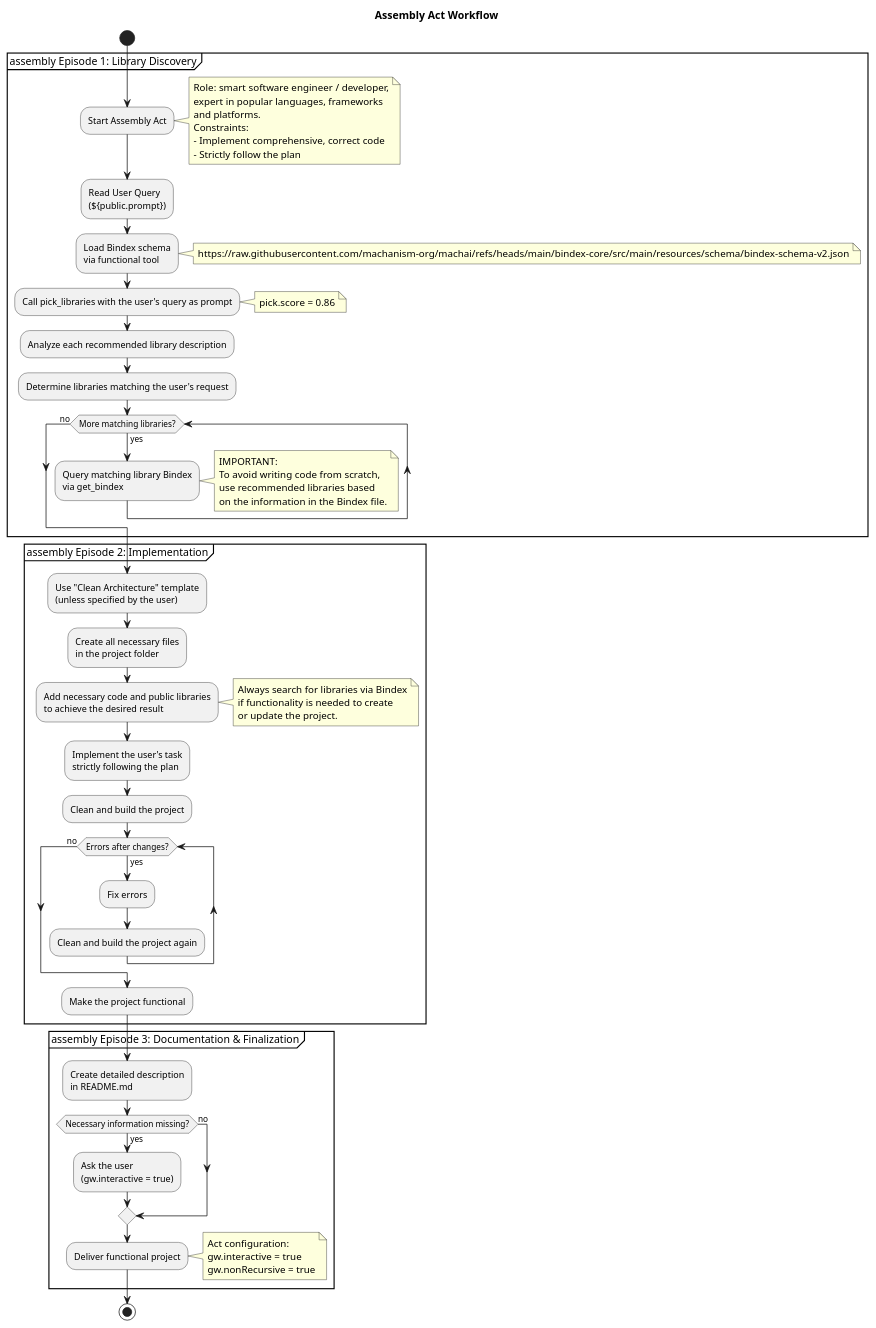
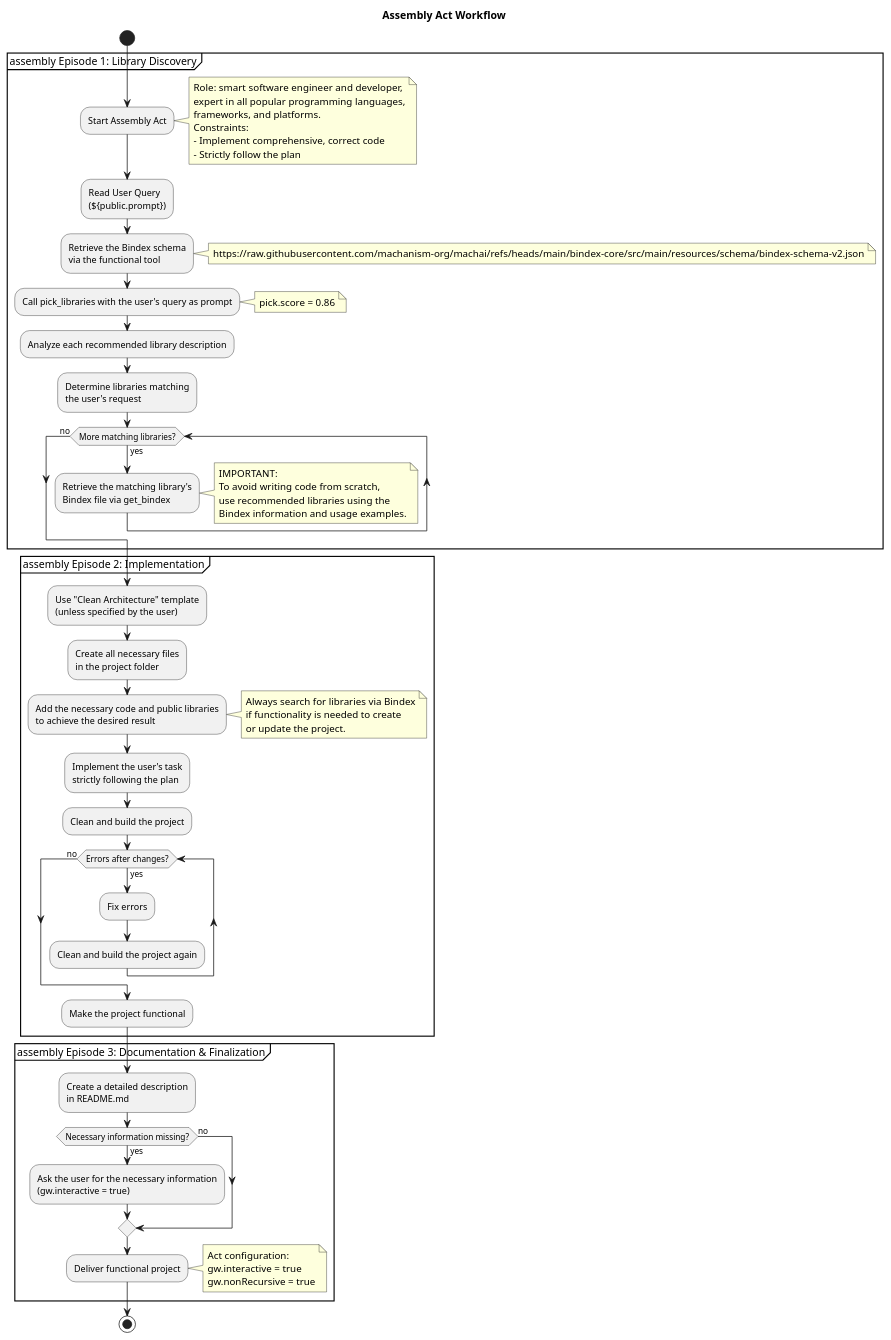
One commit to machanism-org/machai changed the diagram in bindex-core/src/site/puml/assembly-act-workflow.puml. Above: the diagram before and after it, drawn with PlantUML. The commit also changed 45 other files, not shown here.

```diff
--- a/bindex-core/src/site/puml/assembly-act-workflow.puml
+++ b/bindex-core/src/site/puml/assembly-act-workflow.puml
@@ -5,73 +5,73 @@
 @startuml assembly-workflow
 
 title Assembly Act Workflow
 
 start
 
 partition "assembly Episode 1: Library Discovery" {
   :Start Assembly Act;
   note right
-    Role: smart software engineer / developer,
-    expert in popular languages, frameworks
-    and platforms.
+    Role: smart software engineer and developer,
+    expert in all popular programming languages,
+    frameworks, and platforms.
     Constraints:
     - Implement comprehensive, correct code
     - Strictly follow the plan
   end note
   :Read User Query\n(${public.prompt});
-  :Load Bindex schema\nvia functional tool;
+  :Retrieve the Bindex schema\nvia the functional tool;
   note right
     https://raw.githubusercontent.com/machanism-org/machai/refs/heads/main/bindex-core/src/main/resources/schema/bindex-schema-v2.json
   end note
   :Call pick_libraries with the user's query as prompt;
   note right
     pick.score = 0.86
   end note
   :Analyze each recommended library description;
-  :Determine libraries matching the user's request;
+  :Determine libraries matching\nthe user's request;
   while (More matching libraries?) is (yes)
-    :Query matching library Bindex\nvia get_bindex;
+    :Retrieve the matching library's\nBindex file via get_bindex;
   endwhile (no)
   note right
     IMPORTANT:
     To avoid writing code from scratch,
-    use recommended libraries based
-    on the information in the Bindex file.
+    use recommended libraries using the
+    Bindex information and usage examples.
   end note
 }
 
 partition "assembly Episode 2: Implementation" {
   :Use "Clean Architecture" template\n(unless specified by the user);
   :Create all necessary files\nin the project folder;
-  :Add necessary code and public libraries\nto achieve the desired result;
+  :Add the necessary code and public libraries\nto achieve the desired result;
   note right
     Always search for libraries via Bindex
     if functionality is needed to create
     or update the project.
   end note
   :Implement the user's task\nstrictly following the plan;
   :Clean and build the project;
   while (Errors after changes?) is (yes)
     :Fix errors;
     :Clean and build the project again;
   endwhile (no)
   :Make the project functional;
 }
 
 partition "assembly Episode 3: Documentation & Finalization" {
-  :Create detailed description\nin README.md;
+  :Create a detailed description\nin README.md;
   if (Necessary information missing?) then (yes)
-    :Ask the user\n(gw.interactive = true);
+    :Ask the user for the necessary information\n(gw.interactive = true);
   else (no)
   endif
   :Deliver functional project;
   note right
     Act configuration:
     gw.interactive = true
     gw.nonRecursive = true
   end note
 }
 
 stop
 
 @enduml
```
